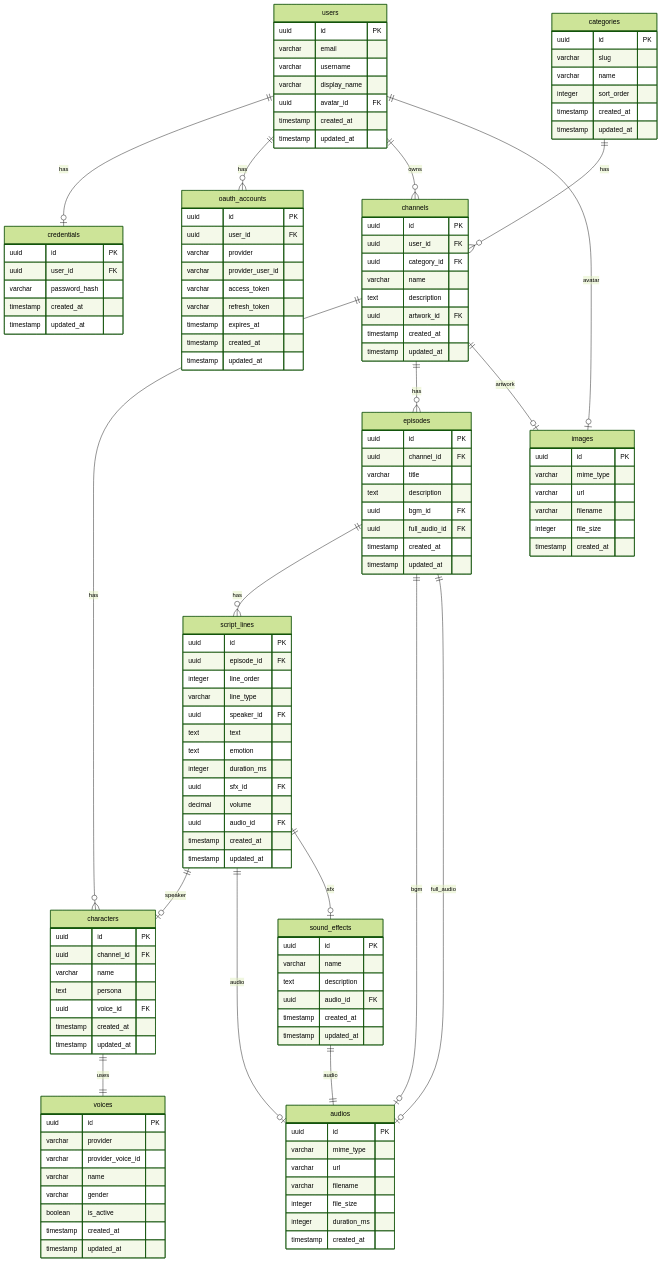
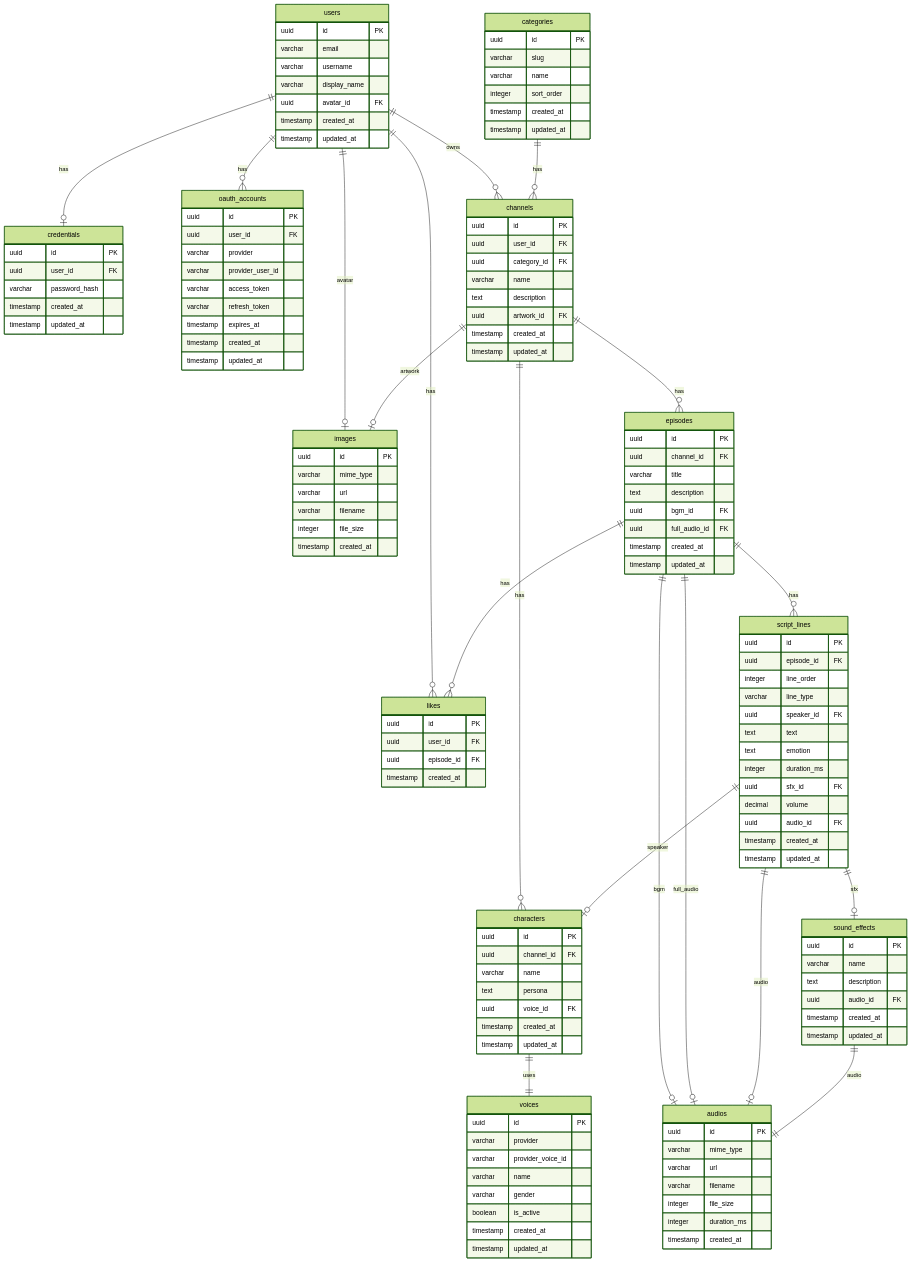
The diagram in docs/database.md (siropaca/anycast-backend), drawn with Mermaid (forest theme) before and after one commit. The commit also changed other lines of this file and 3 other files, not shown here.

```diff
--- a/docs/database.md
+++ b/docs/database.md
@@ -7,6 +7,7 @@
     users ||--o| credentials : has
     users ||--o{ oauth_accounts : has
     users ||--o{ channels : owns
+    users ||--o{ likes : has
     users ||--o| images : avatar
     categories ||--o{ channels : has
     channels ||--o{ characters : has
@@ -14,12 +15,20 @@
     channels ||--o| images : artwork
     characters ||--|| voices : uses
     episodes ||--o{ script_lines : has
+    episodes ||--o{ likes : has
     episodes ||--o| audios : bgm
     episodes ||--o| audios : full_audio
     script_lines ||--o| characters : speaker
     script_lines ||--o| audios : audio
     script_lines ||--o| sound_effects : sfx
     sound_effects ||--|| audios : audio
+
+    likes {
+        uuid id PK
+        uuid user_id FK
+        uuid episode_id FK
+        timestamp created_at
+    }
 
     users {
         uuid id PK
```
